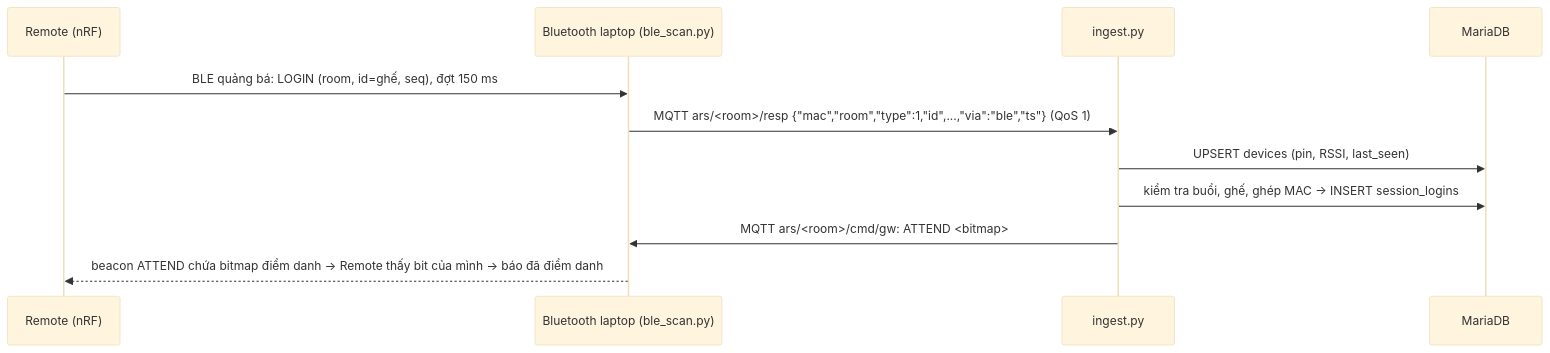
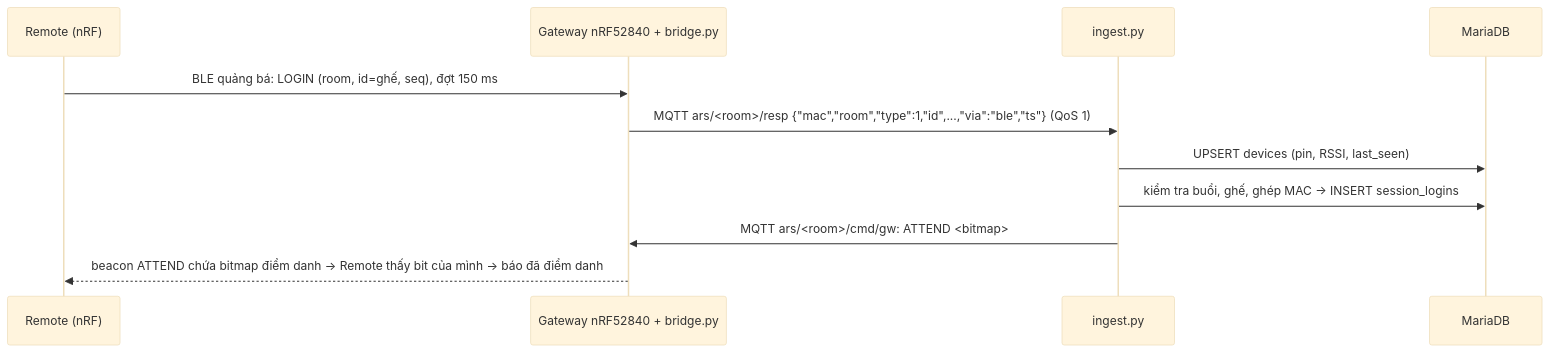
The diagram in README.md (Rubydangoday/ars-server), drawn with Mermaid (base theme) before and after one commit. The commit also changed other lines of this file and 31 other files, not shown here.

````diff
--- a/README.md
+++ b/README.md
@@ -159,13 +161,13 @@
 ```mermaid
 sequenceDiagram
     participant R as Remote (nRF)
-    participant L as Bluetooth laptop (ble_scan.py)
+    participant L as Gateway nRF52840 + bridge.py
     participant I as ingest.py
     participant D as MariaDB
     R->>L: BLE quảng bá: LOGIN (room, id=ghế, seq), đợt 150 ms
     L->>I: MQTT ars/<room>/resp {"mac","room","type":1,"id",...,"via":"ble","ts"} (QoS 1)
     I->>D: UPSERT devices (pin, RSSI, last_seen)
     I->>D: kiểm tra buổi, ghế, ghép MAC → INSERT session_logins
     I->>L: MQTT ars/<room>/cmd/gw: ATTEND <bitmap>
     L-->>R: beacon ATTEND chứa bitmap điểm danh → Remote thấy bit của mình → báo đã điểm danh
 ```
````
